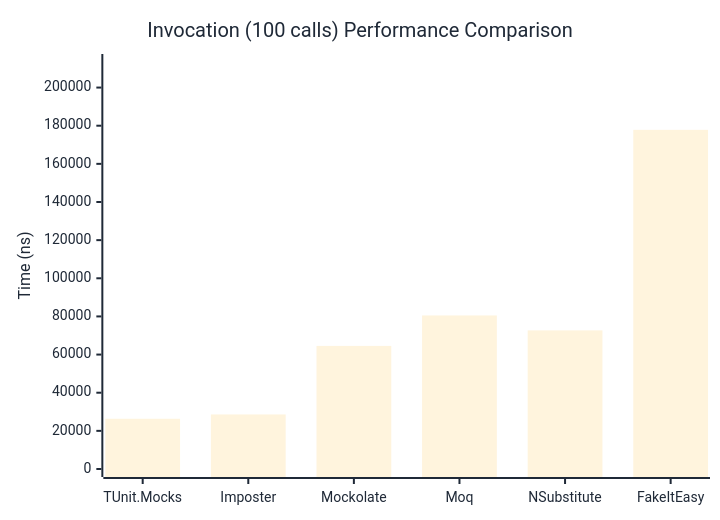
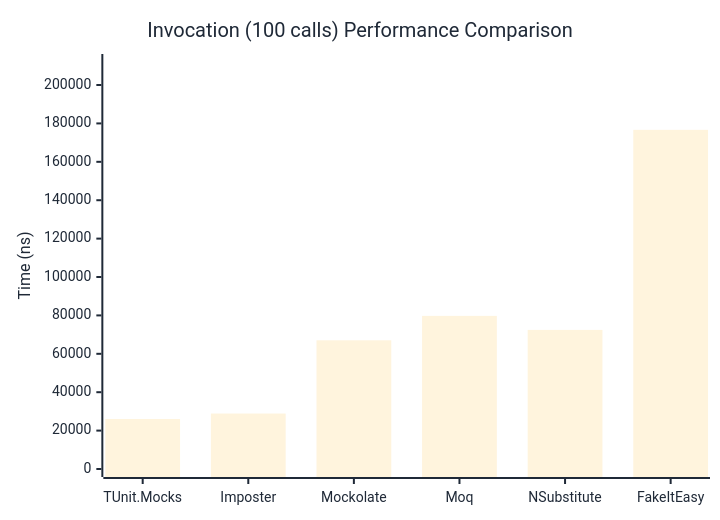
The third of 3 diagrams in docs/docs/benchmarks/mocks/Invocation.md (thomhurst/TUnit), drawn with Mermaid before and after one commit. The commit also changed other lines of this file and 14 other files, not shown here.

````diff
--- a/docs/docs/benchmarks/mocks/Invocation.md
+++ b/docs/docs/benchmarks/mocks/Invocation.md
@@ -110,27 +110,27 @@
 ```mermaid
 %%{init: {
   'theme':'base',
   'themeVariables': {
     'primaryColor': '#2563eb',
     'primaryTextColor': '#1f2937',
     'primaryBorderColor': '#1e40af',
     'lineColor': '#6b7280',
     'secondaryColor': '#7c3aed',
     'tertiaryColor': '#dc2626',
     'background': '#ffffff',
     'pie1': '#2563eb',
     'pie2': '#7c3aed',
     'pie3': '#dc2626',
     'pie4': '#f59e0b',
     'pie5': '#10b981',
     'pie6': '#06b6d4',
     'pie7': '#ec4899',
     'pie8': '#6366f1'
   }
 }}%%
 xychart-beta
   title "Invocation (100 calls) Performance Comparison"
   x-axis ["TUnit.Mocks", "Imposter", "Mockolate", "Moq", "NSubstitute", "FakeItEasy"]
-  y-axis "Time (ns)" 0 --> 213403
-  bar [26345.4, 28606.6, 64539.3, 80516.4, 72674, 177835.2]
+  y-axis "Time (ns)" 0 --> 211992
+  bar [26052.4, 28886.9, 67035.7, 79757, 72447.8, 176659.2]
 ```
````
